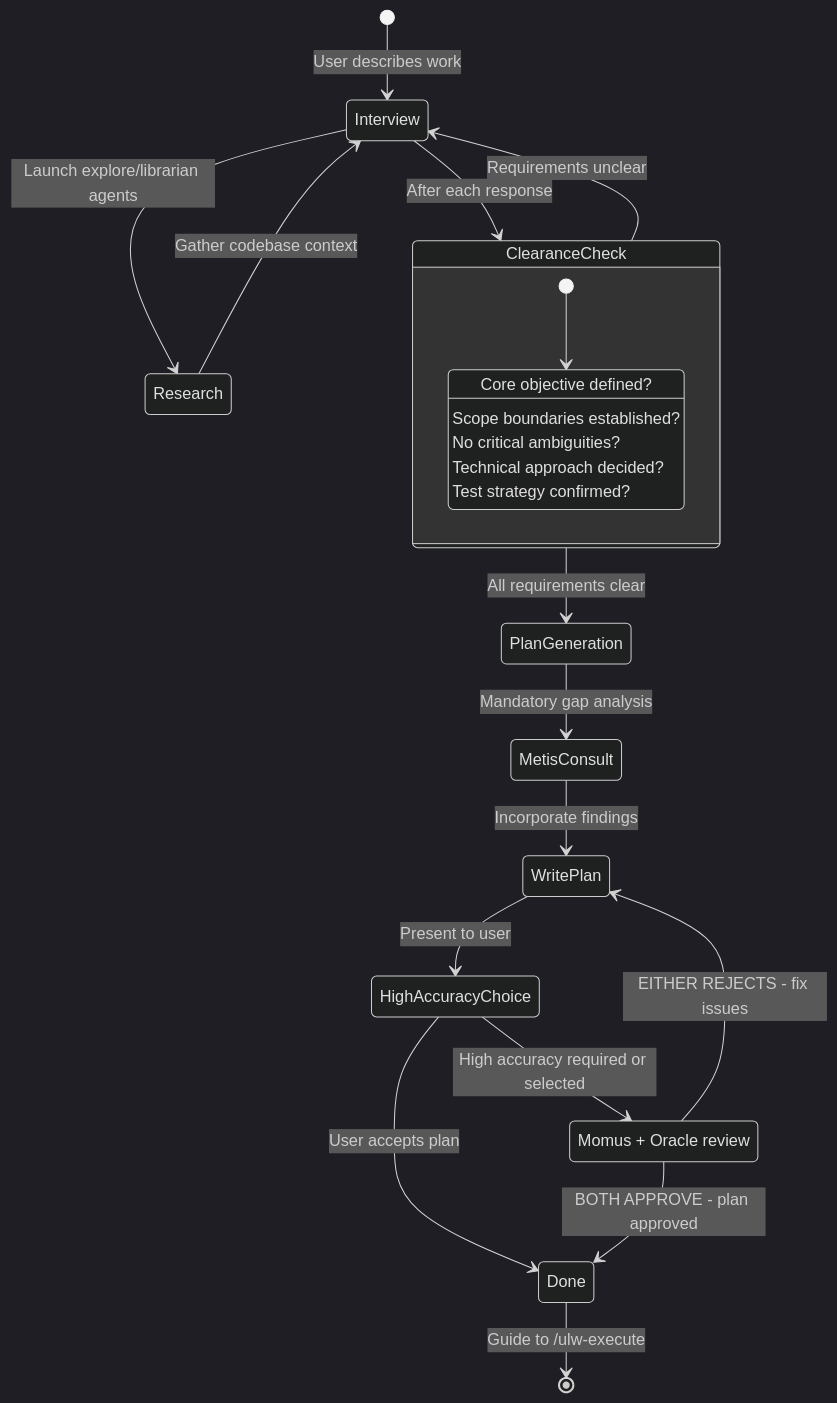
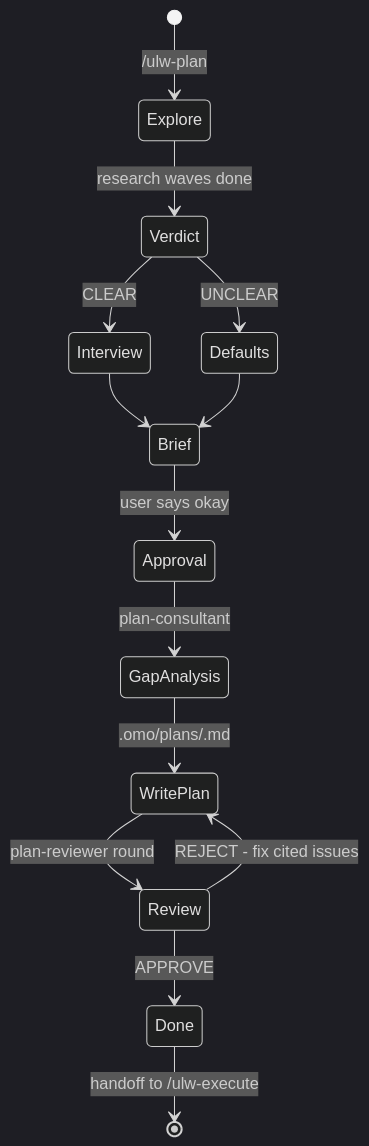
The second of 2 diagrams in docs/guide/orchestration.md (A-Archives-and-Forks/oh-my-openagent), drawn with Mermaid (dark theme) before and after one commit. The commit also changed other lines of this file, not shown here.

Commit message:
docs(guide): rewrite orchestration around the omo-senpi delegation model

````diff
--- a/docs/guide/orchestration.md
+++ b/docs/guide/orchestration.md
@@ -128,33 +101,16 @@
 ```mermaid
 stateDiagram-v2
-    [*] --> Interview: User describes work
-    Interview --> Research: Launch explore/librarian agents
-    Research --> Interview: Gather codebase context
-    Interview --> ClearanceCheck: After each response
-
-    ClearanceCheck --> Interview: Requirements unclear
-    ClearanceCheck --> PlanGeneration: All requirements clear
-
-    state ClearanceCheck {
-        [*] --> Check
-        Check: Core objective defined?
-        Check: Scope boundaries established?
-        Check: No critical ambiguities?
-        Check: Technical approach decided?
-        Check: Test strategy confirmed?
-    }
-
-    PlanGeneration --> MetisConsult: Mandatory gap analysis
-    MetisConsult --> WritePlan: Incorporate findings
-    WritePlan --> HighAccuracyChoice: Present to user
-
-    state "Momus + Oracle review" as DualReview
-
-    HighAccuracyChoice --> DualReview: High accuracy required or selected
-    HighAccuracyChoice --> Done: User accepts plan
-
-    DualReview --> WritePlan: EITHER REJECTS - fix issues
-    DualReview --> Done: BOTH APPROVE - plan approved
-
-    Done --> [*]: Guide to /ulw-execute
+    [*] --> Explore: /ulw-plan
+    Explore --> Verdict: research waves done
+    Verdict --> Interview: CLEAR
+    Verdict --> Defaults: UNCLEAR
+    Interview --> Brief
+    Defaults --> Brief
+    Brief --> Approval: user says okay
+    Approval --> GapAnalysis: plan-consultant
+    GapAnalysis --> WritePlan: .omo/plans/<slug>.md
+    WritePlan --> Review: plan-reviewer round
+    Review --> WritePlan: REJECT - fix cited issues
+    Review --> Done: APPROVE
+    Done --> [*]: handoff to /ulw-execute
 ```
````
